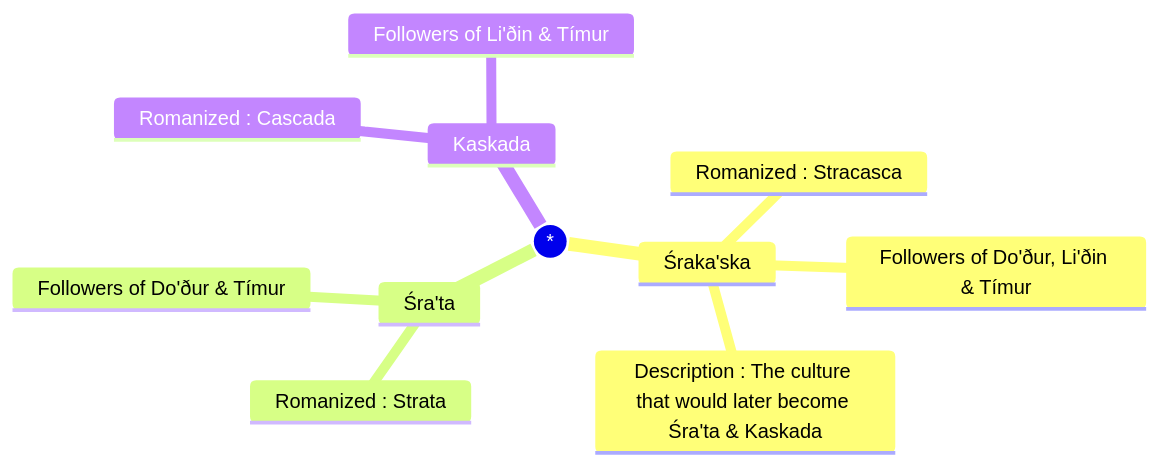
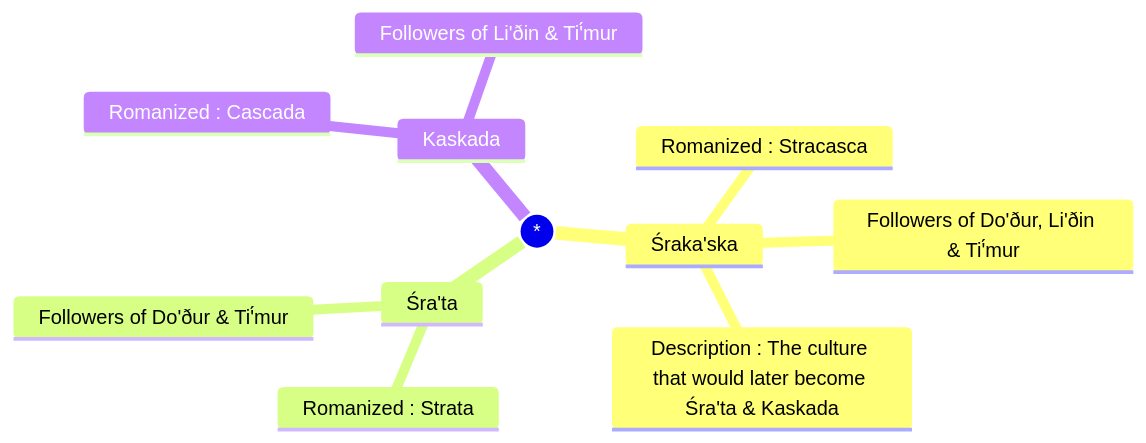
The second of 5 diagrams in mermaid.md (JactusTheCactus/conscript-font-gen), drawn with Mermaid before and after one commit. The commit also changed other lines of this file and 3 other files, not shown here.

````diff
--- a/mermaid.md
+++ b/mermaid.md
@@ -16,14 +16,14 @@
 ```mermaid
 mindmap
 ((*))
 	Śraka'ska
 		Romanized : Stracasca
-		Followers of Do'ður, Li'ðin & Tímur
+		Followers of Do'ður, Li'ðin & Ti'́mur
 		Description : The culture that would later become Śra'ta & Kaskada
 	Śra'ta
 		Romanized : Strata
-		Followers of Do'ður & Tímur
+		Followers of Do'ður & Ti'́mur
 	Kaskada
 		Romanized : Cascada
-		Followers of Li'ðin & Tímur
+		Followers of Li'ðin & Ti'́mur
 ```
````
